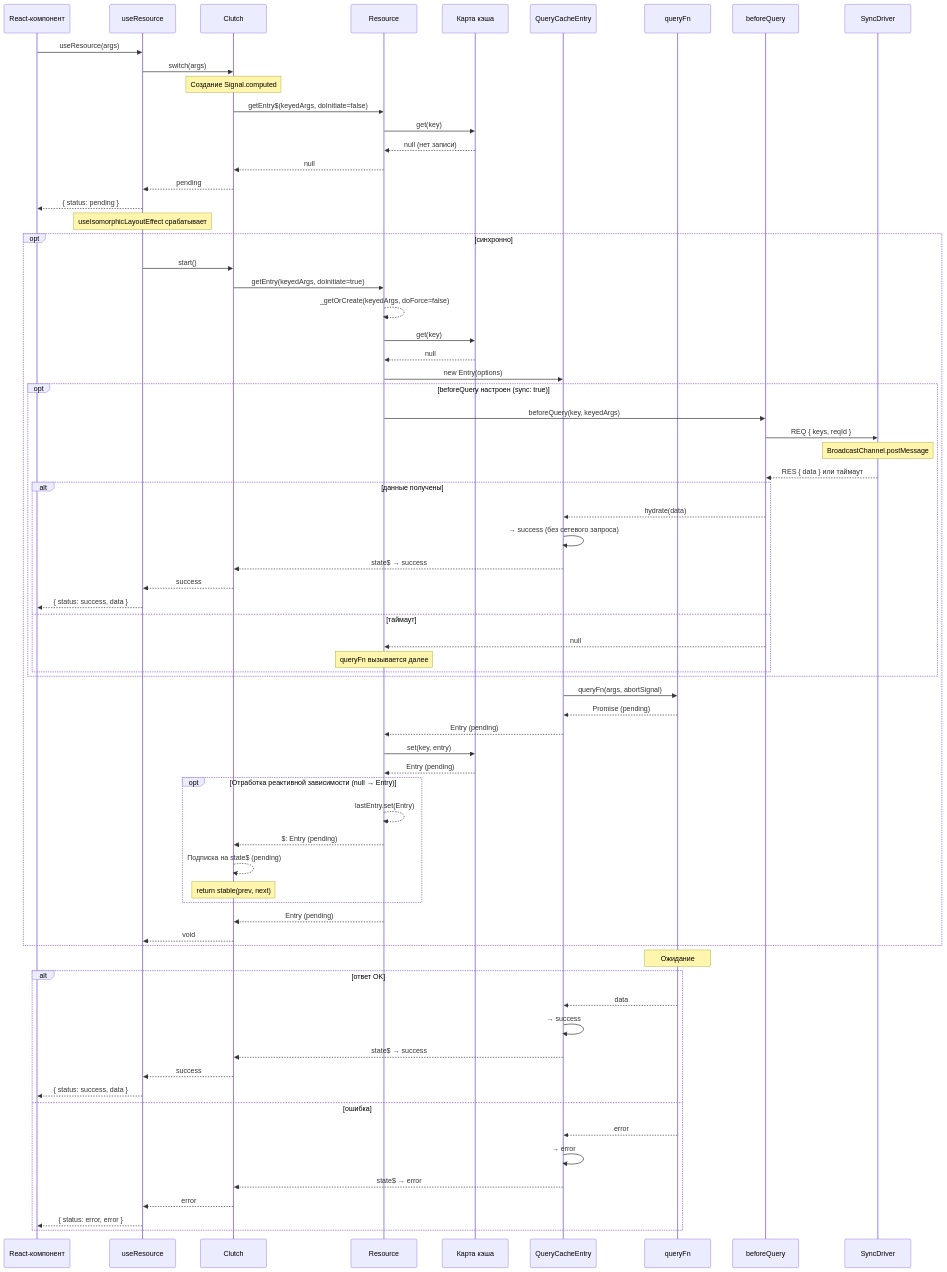
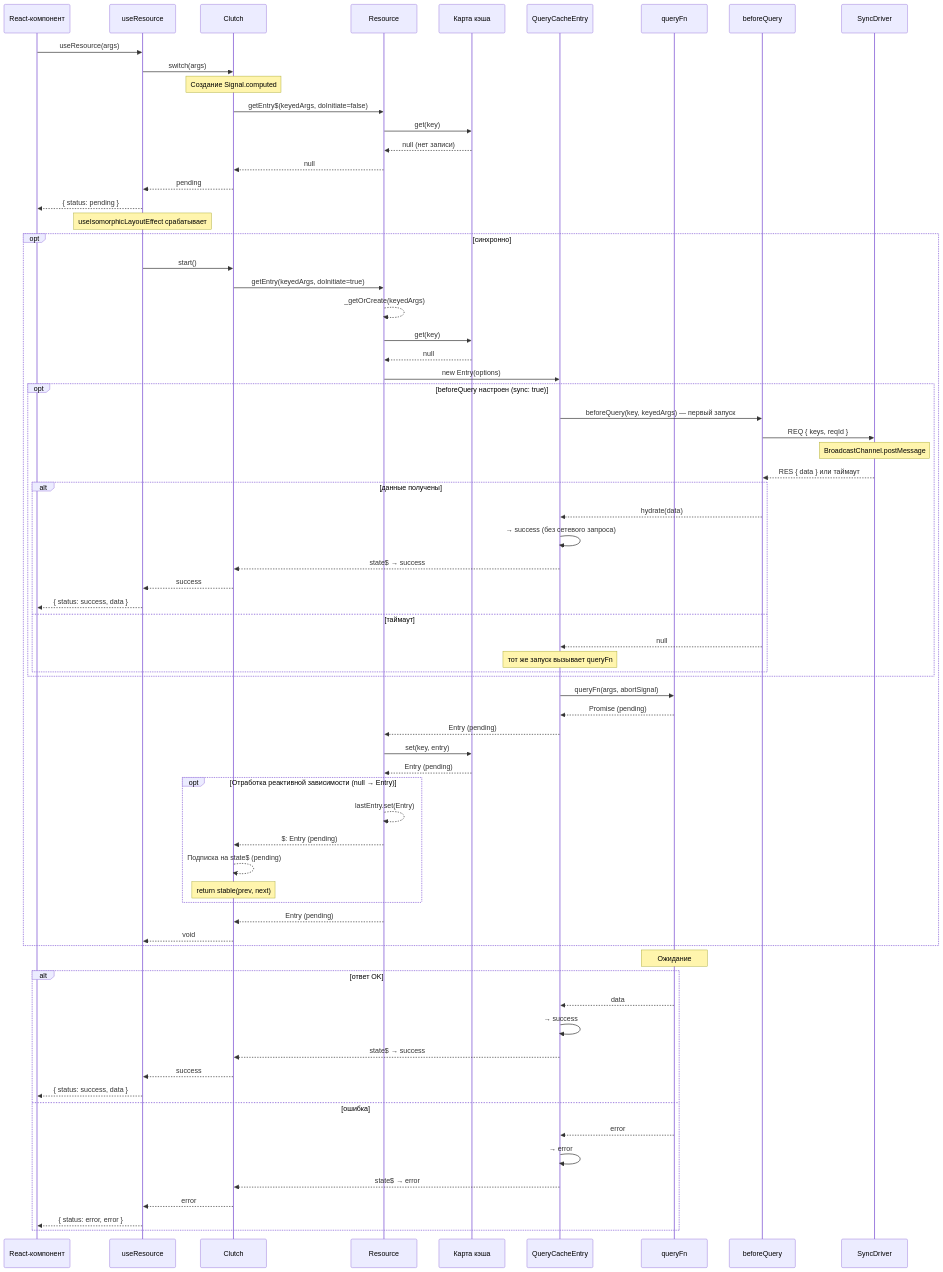
Before and after one commit to fozy-labs/rx-toolkit: the first of 11 diagrams in docs/query/concepts/dataflows.md, drawn with Mermaid. The commit also changed other lines of this file and 56 other files, not shown here.

```diff
--- a/docs/query/concepts/dataflows.md
+++ b/docs/query/concepts/dataflows.md
@@ -42,13 +42,13 @@
     opt синхронно
         Hook->>Clutch: start()
         Clutch->>Res: getEntry(keyedArgs, doInitiate=true)
-        Res-->>Res: _getOrCreate(keyedArgs, doForce=false)
+        Res-->>Res: _getOrCreate(keyedArgs)
         Res->>Cache: get(key)
         Cache-->>Res: null
         Res->>Entry: new Entry(options)
 
         opt beforeQuery настроен (sync: true)
-            Res->>BQ: beforeQuery(key, keyedArgs)
+            Entry->>BQ: beforeQuery(key, keyedArgs) — первый запуск
             BQ->>Sync: REQ { keys, reqId }
             Note over Sync: BroadcastChannel.postMessage
             Sync-->>BQ: RES { data } или таймаут
@@ -60,8 +60,8 @@
                 Clutch-->>Hook: success
                 Hook-->>UI: { status: success, data }
             else таймаут
-                BQ-->>Res: null
-                Note over Res: queryFn вызывается далее
+                BQ-->>Entry: null
+                Note over Entry: тот же запуск вызывает queryFn
             end
         end
 
```
